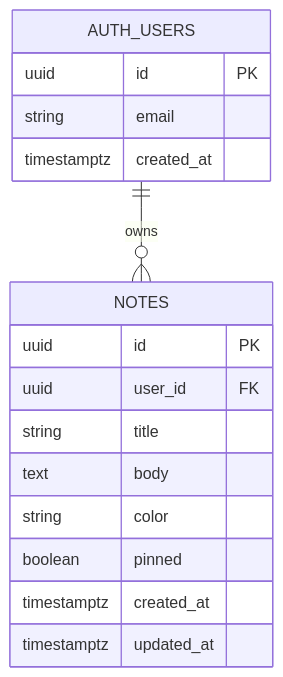
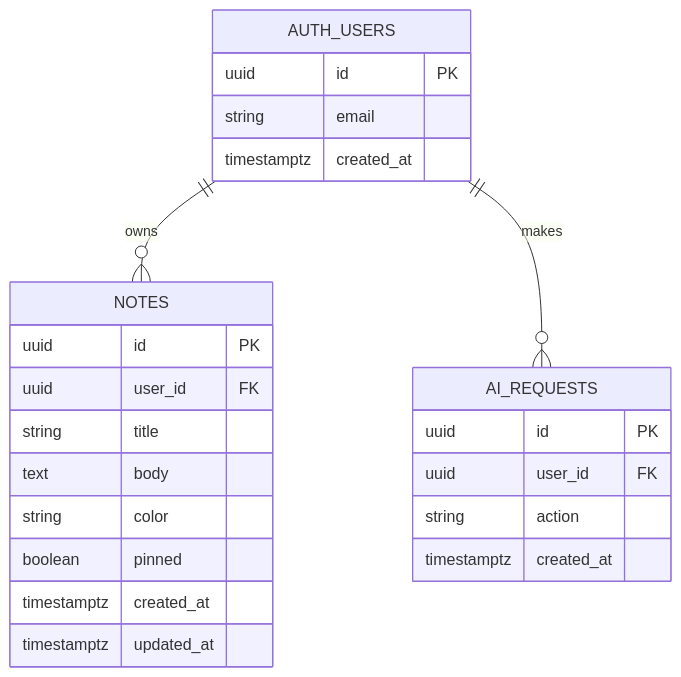
Before and after one commit to Angelica-Vides/Lumenote: the diagram in docs/DATABASE.md, drawn with Mermaid. The commit also changed other lines of this file and 3 other files, not shown here.

First line of the commit message:
docs: Week 3 planning and AI architecture diagrams

````diff
--- a/docs/DATABASE.md
+++ b/docs/DATABASE.md
@@ -27,21 +27,29 @@
 ```mermaid
 erDiagram
     AUTH_USERS ||--o{ NOTES : owns
+    AUTH_USERS ||--o{ AI_REQUESTS : makes
 
     AUTH_USERS {
         uuid id PK
         string email
         timestamptz created_at
     }
 
     NOTES {
         uuid id PK
         uuid user_id FK
         string title
         text body
         string color
         boolean pinned
         timestamptz created_at
         timestamptz updated_at
     }
+
+    AI_REQUESTS {
+        uuid id PK
+        uuid user_id FK
+        string action
+        timestamptz created_at
+    }
 ```
````
